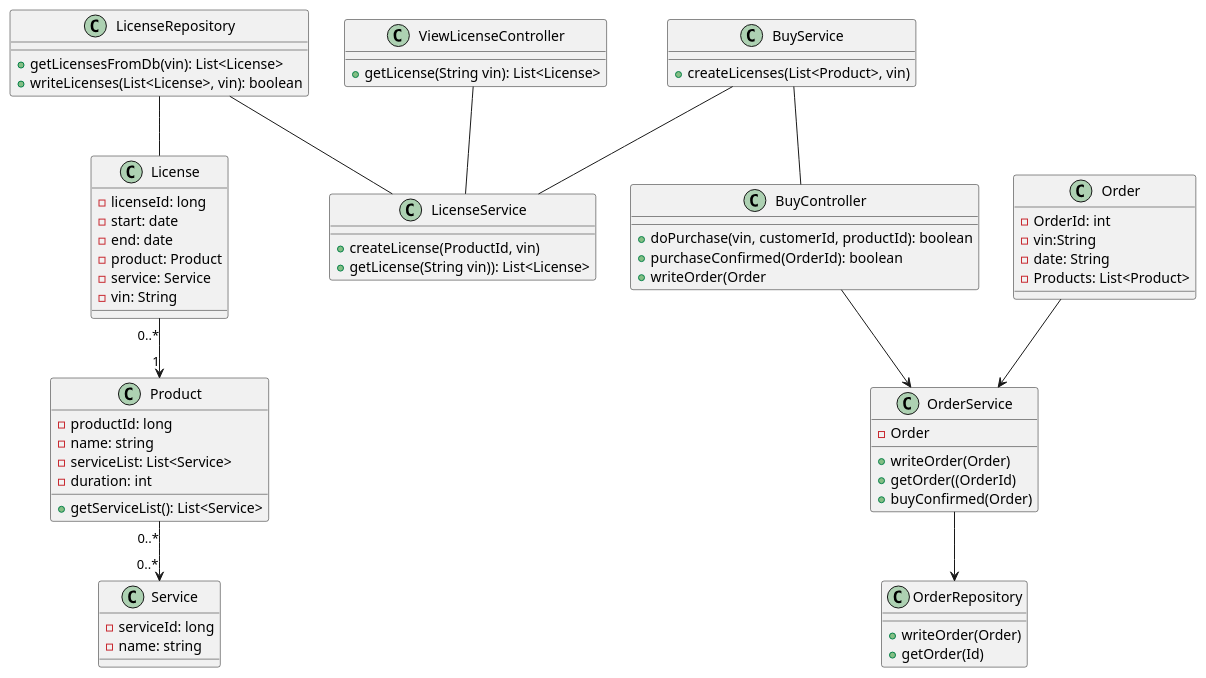
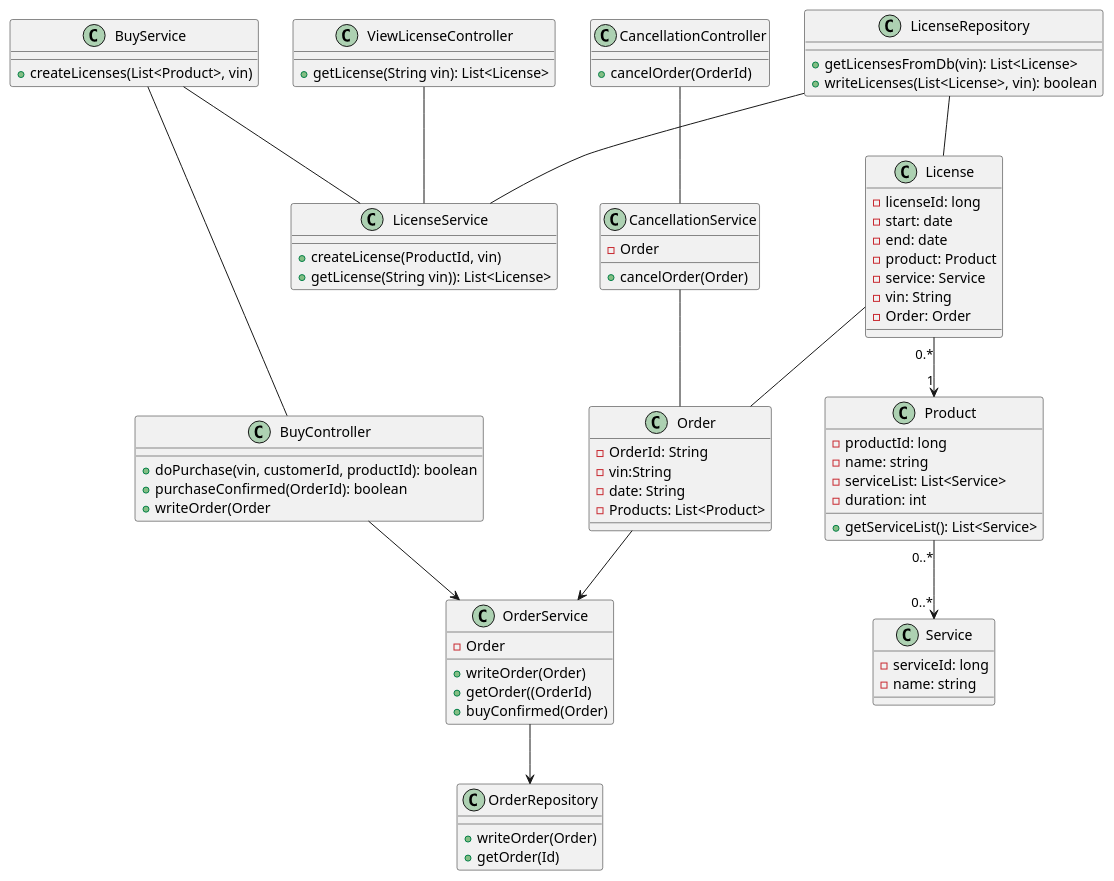
Before and after one commit to ljbg1996/car-backend: the diagram in Phase_1/2.0 class.puml, drawn with PlantUML. The commit also changed 2 other files, not shown here.

```diff
--- a/Phase_1/2.0 class.puml
+++ b/Phase_1/2.0 class.puml
@@ -1,175 +1,100 @@
 @startuml
-'class Car {
-    '- vin: string
-    '- owner: Customer
-    '- serviceList: List<Service>
-    '- licenseList: List<License>
-
-    '+ setLicenseList(List<License> licenseList): void
-    '+ setserviceList(List<Service> serviceList): void
-    '+ setOwner(Customer c): void
-    '+ getServiceList(): List<Service>
-    '+ getVin(): String
-
-'}
-
-'class CarRepository{
-
-  '  + getCarFromDb((String vin): Car
-
-
-'}
-
-'class Customer {
-    '- customerId: long
-    '- name: string
-    '- car: List<Car>
-
-    '+ addCar(String vin): void
-
-
-'}
-
-'class CustomerRepository{}
-'class ProductRepository{}
-
 
 class Product {
     - productId: long
     - name: string
     - serviceList: List<Service>
-    '- price: double
     - duration: int
-    '+ setPrice(double price): void
     + getServiceList(): List<Service>
 
 }
 
-
-
 class Service {
     - serviceId: long
     - name: string
-    '- description: string
-    '- duration: int
-
-
 
 }
 
-'class ServiceRepository{
-
- '   +getServiceFromDb(serviceId): Service
-
-'}
 
 class License {
     - licenseId: long
     - start: date
     - end: date
     - product: Product
     - service: Service
     - vin: String
-
-   '+ extendLicense(license: License, duration: int): void
-
+    - Order: Order
 }
 
 class LicenseRepository{
 
     +getLicensesFromDb(vin): List<License>
     +writeLicenses(List<License>, vin): boolean
 
 }
 
 class ViewLicenseController {
-
-
     + getLicense(String vin): List<License>
-
 }
 
 class BuyController {
 
     + doPurchase(vin, customerId, productId): boolean
     + purchaseConfirmed(OrderId): boolean
     + writeOrder(Order
-    'Kaufdatum?
 }
-
+class CancellationController{
++ cancelOrder(OrderId)
+}
+CancellationController -- CancellationService
+class CancellationService{
+- Order
++cancelOrder(Order)
+}
+CancellationService -- Order
 class OrderRepository{
 +writeOrder(Order)
 +getOrder(Id)
 }
 
 class Order{
--OrderId: int
+-OrderId: String
 -vin:String
 -date: String
 -Products: List<Product>
 
 }
 
 class OrderService{
     -Order
     +writeOrder(Order)
     +getOrder((OrderId)
     +buyConfirmed(Order)
 }
 
-
-
-
-'class ViewProductController {
-
- '   + getProductList(String vin): List<Product>
-
-'}
-
 class LicenseService{
 
     + createLicense(ProductId, vin)
     + getLicense(String vin)): List<License>
 
 }
 
 class BuyService {
 
     +createLicenses(List<Product>, vin)
 }
 
-'class ViewProductService {
-
- '   + getCar(String vin): Car
-  '  + addProductsToNewProductList(List<Product>):List<Product>
-'}
-
-
-
-
-
-
-
 LicenseRepository-- License
 LicenseRepository -- LicenseService
 BuyService -- LicenseService
 ViewLicenseController -- LicenseService
 BuyController --> OrderService
 
-'CarRepository -- Lice  nseService
-'ProductRepository -- Product
-'CarRepository -- ViewProductService
+BuyService -- BuyController
+License -- Order
 
-'ViewProductController -- ViewProductService
-BuyService -- BuyController
-'CarRepository -- Car
-'CustomerRepository -- Customer
-'ServiceRepository -- Service
-'Customer "1" --> "0..*" Car
-'Car "1" --> "0..*" License
-'Car "1" --> "0..*" Service
-License "0..*"--> "1"Product
+License "0.*" --> "1"Product
 Product "0..*" --> "0..*" Service
 OrderService --> OrderRepository
 Order --> OrderService
 @enduml
```
